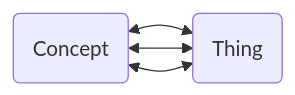
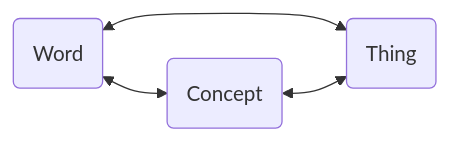
Before and after one commit to ethanweed/Studium_Generale: the diagram in StudiumGenerale2022/Slides/Images/Sign-Modism.md, drawn with Mermaid. The commit also changed 2 other files, not shown here.

Commit message:
auto-updated with build-mermaid.sh

````diff
--- a/StudiumGenerale2022/Slides/Images/Sign-Modism.md
+++ b/StudiumGenerale2022/Slides/Images/Sign-Modism.md
@@ -1,8 +1,8 @@
 ```mermaid
   graph LR;
-      A(Word) <--> B(Concept);
-	  A(Word) <--> B(Thing);
-	  A(Concept) <--> B(Thing);
+      A((Word)) <--> B((Concept));
+	  A(Word) <--> C(Thing);
+	  B(Concept) <--> C(Thing);
       
       
 ```
````
